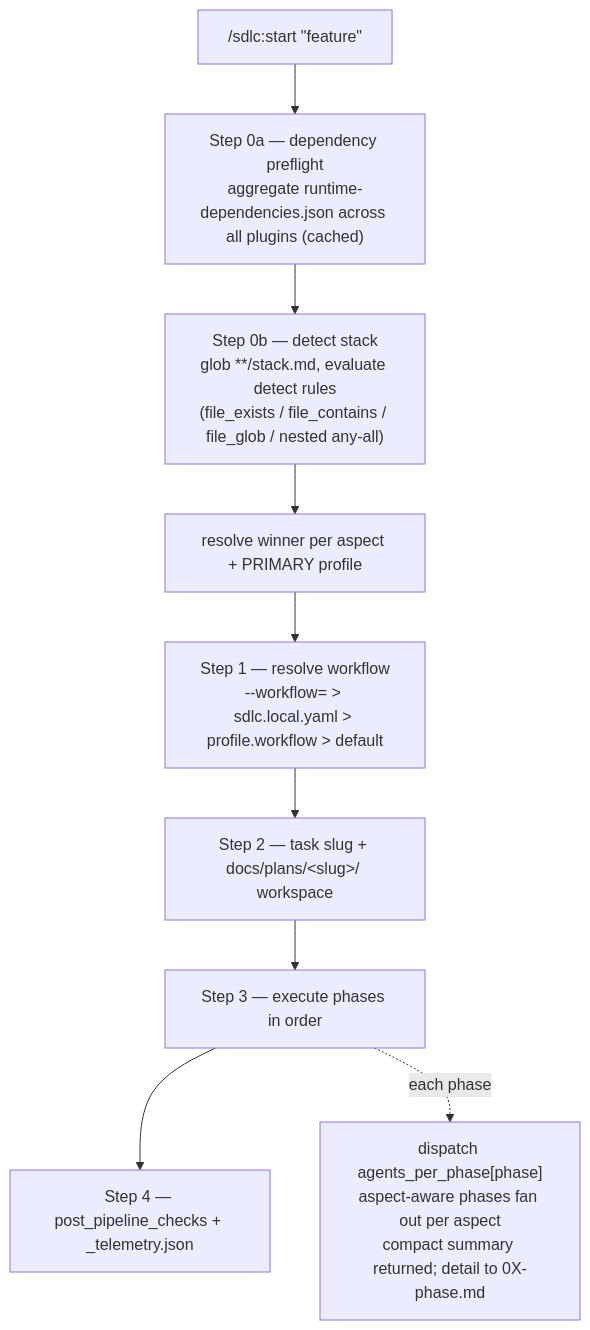
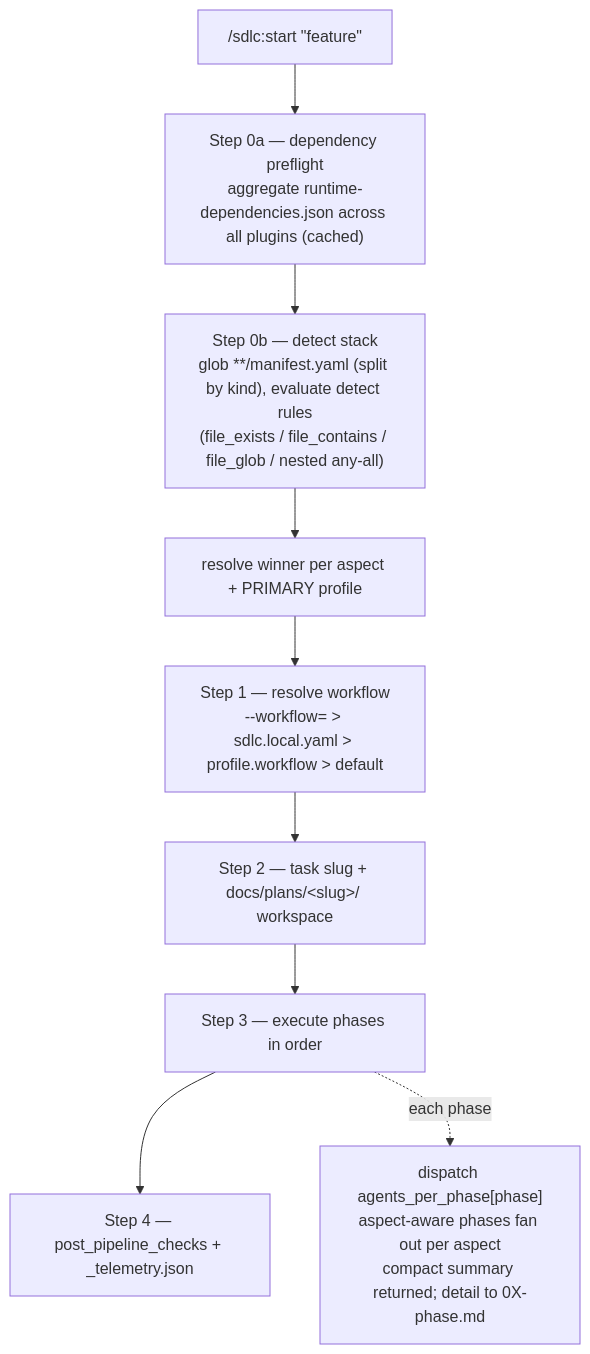
Before and after one commit to Nuclominus/agentic-sdlc-pluguin: the first of 3 diagrams in docs/WORKFLOW.md, drawn with Mermaid. The commit also changed other lines of this file and 37 other files, not shown here.

````diff
--- a/docs/WORKFLOW.md
+++ b/docs/WORKFLOW.md
@@ -10,12 +10,12 @@
 ```mermaid
 flowchart TD
     U["/sdlc:start &quot;feature&quot;"] --> P0a["Step 0a — dependency preflight<br/>aggregate runtime-dependencies.json across all plugins (cached)"]
-    P0a --> P0b["Step 0b — detect stack<br/>glob **/stack.md, evaluate detect rules<br/>(file_exists / file_contains / file_glob / nested any-all)"]
+    P0a --> P0b["Step 0b — detect stack<br/>glob **/manifest.yaml (split by kind), evaluate detect rules<br/>(file_exists / file_contains / file_glob / nested any-all)"]
     P0b --> RES["resolve winner per aspect + PRIMARY profile"]
     RES --> P1["Step 1 — resolve workflow<br/>--workflow= &gt; sdlc.local.yaml &gt; profile.workflow &gt; default"]
     P1 --> P2["Step 2 — task slug + docs/plans/&lt;slug&gt;/ workspace"]
     P2 --> P3["Step 3 — execute phases in order"]
     P3 --> P4["Step 4 — post_pipeline_checks + _telemetry.json"]
 
     P3 -. each phase .-> AG["dispatch agents_per_phase[phase]<br/>aspect-aware phases fan out per aspect<br/>compact summary returned; detail to 0X-phase.md"]
 ```
````
